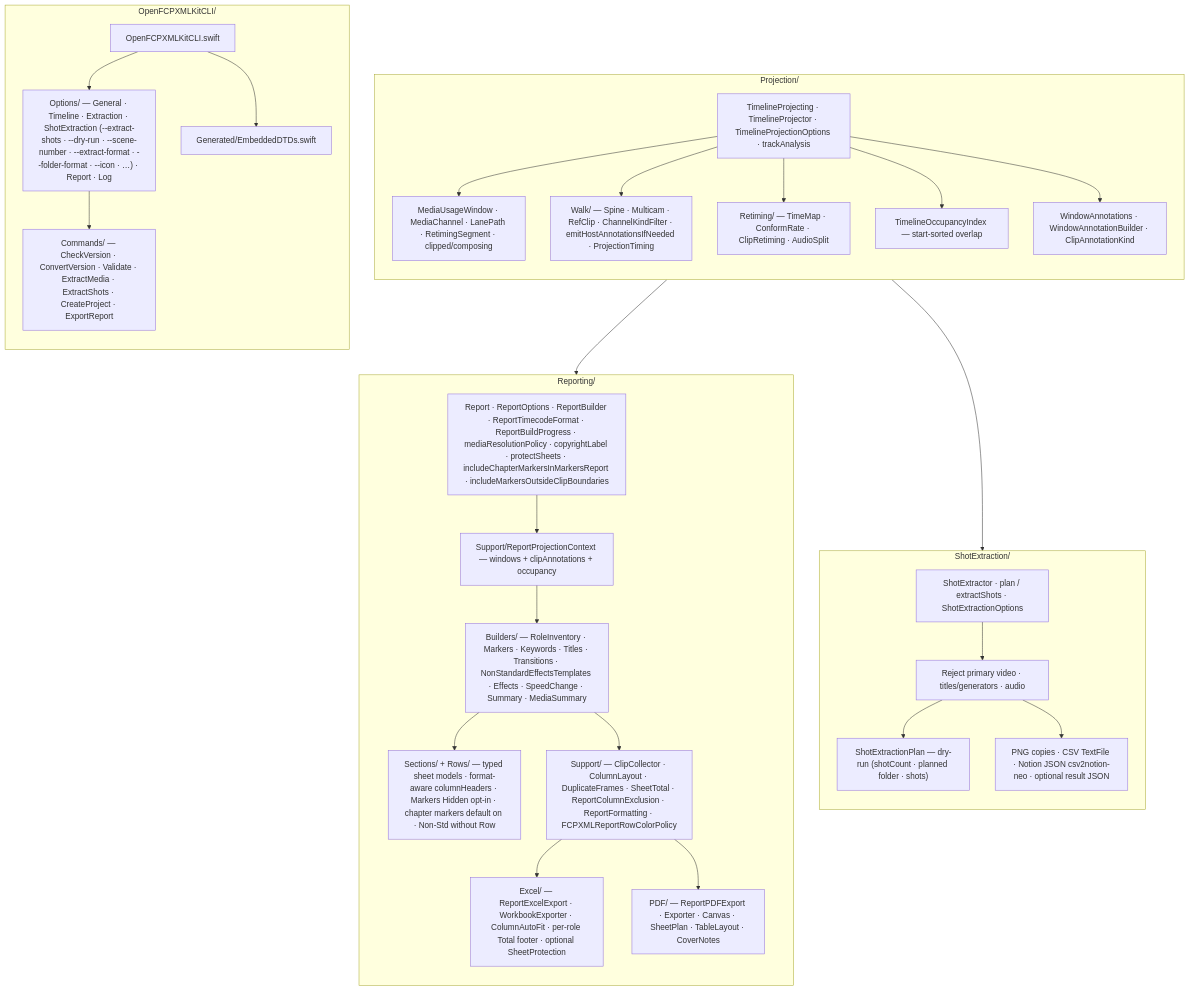
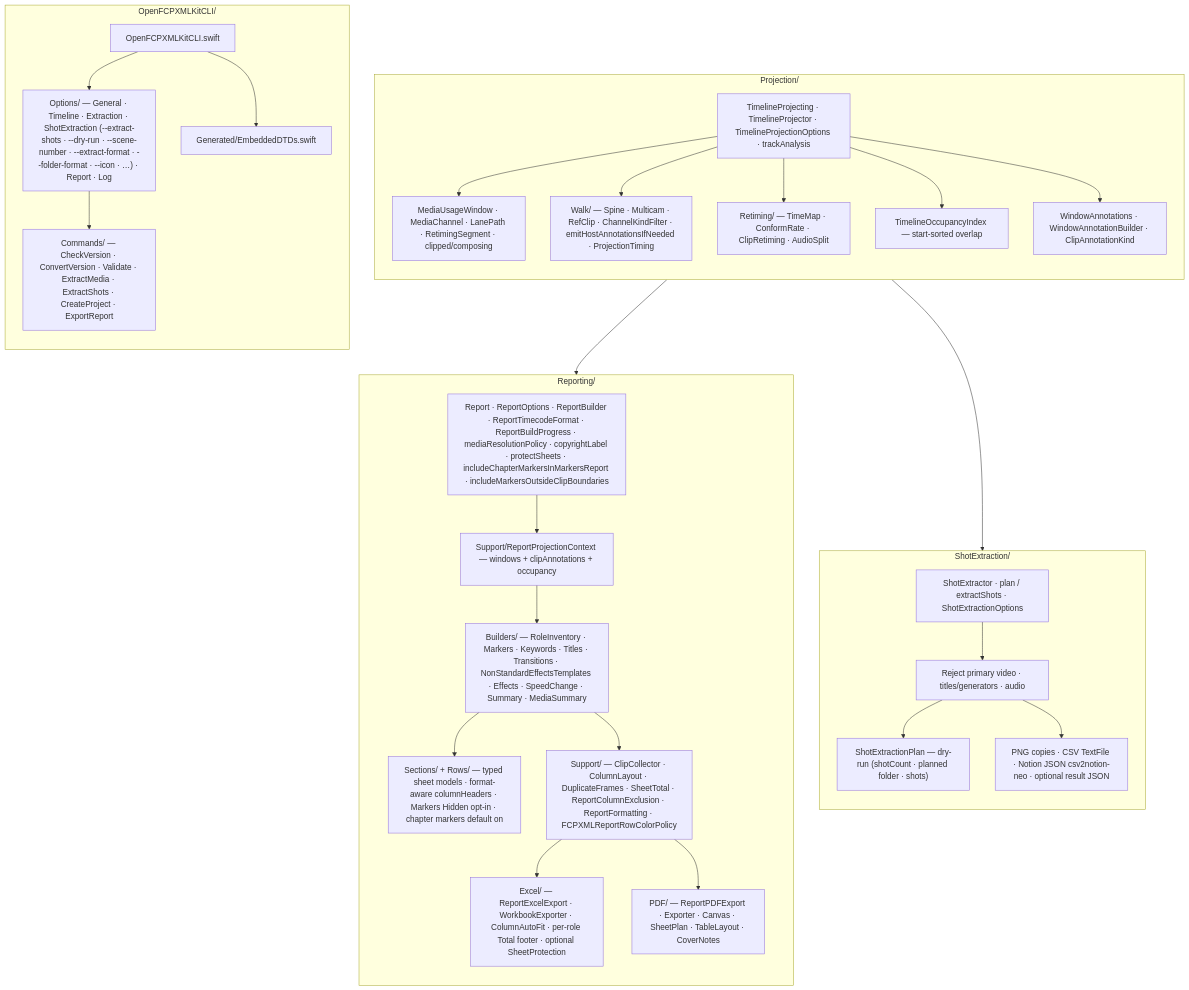
One commit to TheAcharya/OpenFCPXMLKit changed the fifth of 6 diagrams in ARCHITECTURE.md. Above: the diagram before and after it, drawn with Mermaid. The commit also changed other lines of this file and 19 other files, not shown here.

First line of the commit message:
Fix Non-Std Effects Row column

````diff
--- a/ARCHITECTURE.md
+++ b/ARCHITECTURE.md
@@ -312,56 +312,56 @@
 ```mermaid
 flowchart TB
     subgraph PRJ_DETAIL["Projection/"]
         direction TB
         P_API["TimelineProjecting · TimelineProjector · TimelineProjectionOptions · trackAnalysis"]
         P_WIN["MediaUsageWindow · MediaChannel · LanePath · RetimingSegment · clipped/composing"]
         P_WALK["Walk/ — Spine · Multicam · RefClip · ChannelKindFilter · emitHostAnnotationsIfNeeded · ProjectionTiming"]
         P_RET["Retiming/ — TimeMap · ConformRate · ClipRetiming · AudioSplit"]
         P_OCC["TimelineOccupancyIndex — start-sorted overlap"]
         P_ANN["WindowAnnotations · WindowAnnotationBuilder · ClipAnnotationKind"]
         P_API --> P_WIN
         P_API --> P_WALK
         P_API --> P_RET
         P_API --> P_OCC
         P_API --> P_ANN
     end
 
     subgraph REP_DETAIL["Reporting/"]
         direction TB
         R_TOP["Report · ReportOptions · ReportBuilder · ReportTimecodeFormat · ReportBuildProgress · mediaResolutionPolicy · copyrightLabel · protectSheets · includeChapterMarkersInMarkersReport · includeMarkersOutsideClipBoundaries"]
         R_CTX["Support/ReportProjectionContext — windows + clipAnnotations + occupancy"]
         R_BLD["Builders/ — RoleInventory · Markers · Keywords · Titles · Transitions · NonStandardEffectsTemplates · Effects · SpeedChange · Summary · MediaSummary"]
-        R_SEC["Sections/ + Rows/ — typed sheet models · format-aware columnHeaders · Markers Hidden opt-in · chapter markers default on · Non-Std without Row"]
+        R_SEC["Sections/ + Rows/ — typed sheet models · format-aware columnHeaders · Markers Hidden opt-in · chapter markers default on"]
         R_SUP["Support/ — ClipCollector · ColumnLayout · DuplicateFrames · SheetTotal · ReportColumnExclusion · ReportFormatting · FCPXMLReportRowColorPolicy"]
         R_XLS["Excel/ — ReportExcelExport · WorkbookExporter · ColumnAutoFit · per-role Total footer · optional SheetProtection"]
         R_PDF["PDF/ — ReportPDFExport · Exporter · Canvas · SheetPlan · TableLayout · CoverNotes"]
         R_TOP --> R_CTX --> R_BLD --> R_SEC
         R_BLD --> R_SUP
         R_SUP --> R_XLS
         R_SUP --> R_PDF
     end
 
     PRJ_DETAIL --> REP_DETAIL
     PRJ_DETAIL --> SHOT_DETAIL
 
     subgraph SHOT_DETAIL["ShotExtraction/"]
         direction TB
         S_API["ShotExtractor · plan / extractShots · ShotExtractionOptions"]
         S_PLAN["ShotExtractionPlan — dry-run (shotCount · planned folder · shots)"]
         S_VAL["Reject primary video · titles/generators · audio"]
         S_OUT["PNG copies · CSV TextFile · Notion JSON csv2notion-neo · optional result JSON"]
         S_API --> S_VAL
         S_VAL --> S_PLAN
         S_VAL --> S_OUT
     end
 
     subgraph CLI_DETAIL["OpenFCPXMLKitCLI/"]
         direction TB
         C_ROOT["OpenFCPXMLKitCLI.swift"]
         C_OPT["Options/ — General · Timeline · Extraction · ShotExtraction (--extract-shots · --dry-run · --scene-number · --extract-format · --folder-format · --icon · …) · Report · Log"]
         C_CMD["Commands/ — CheckVersion · ConvertVersion · Validate · ExtractMedia · ExtractShots · CreateProject · ExportReport"]
         C_GEN["Generated/EmbeddedDTDs.swift"]
         C_ROOT --> C_OPT --> C_CMD
         C_ROOT --> C_GEN
     end
 ```
````
